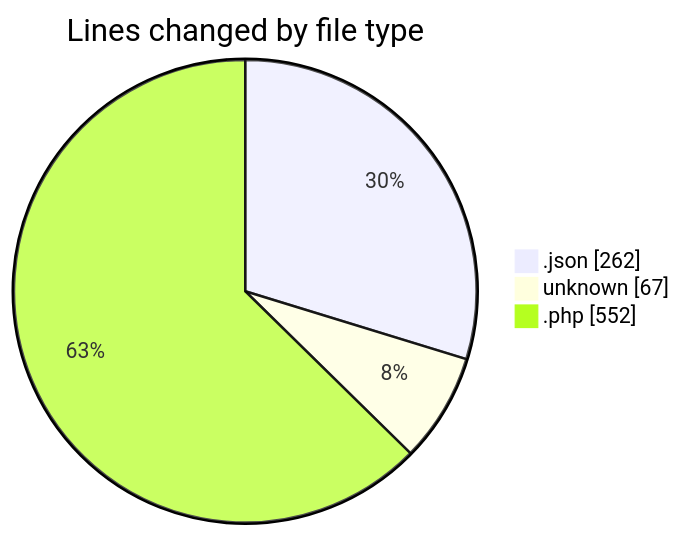
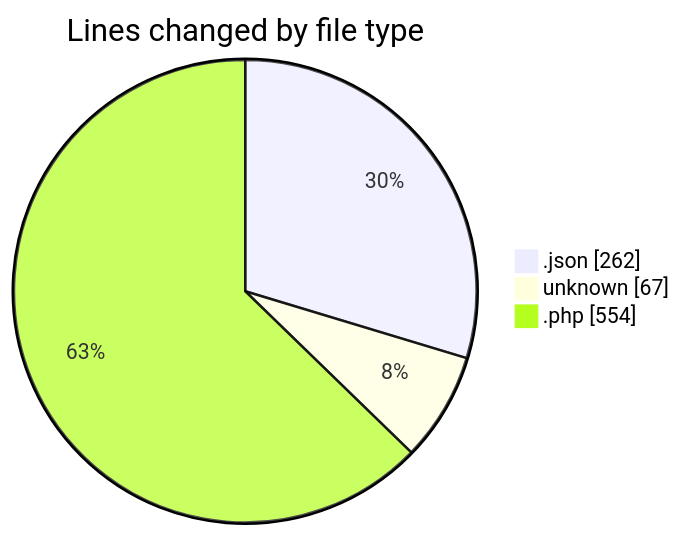
One commit to idhammustaqopulfikri/code-tracking changed the first of 2 diagrams in 2025-10-05/laravel-penyewaan-lapangan-futsal/README.md. Above: the diagram before and after it, drawn with Mermaid. The commit also changed other lines of this file and 1 other file, not shown here.

````diff
--- a/2025-10-05/laravel-penyewaan-lapangan-futsal/README.md
+++ b/2025-10-05/laravel-penyewaan-lapangan-futsal/README.md
@@ -27,7 +27,7 @@
 ```mermaid
 pie showData
 title Lines changed by file type
 ".json" : 262
 "unknown" : 67
-".php" : 552
+".php" : 554
 ```
````
